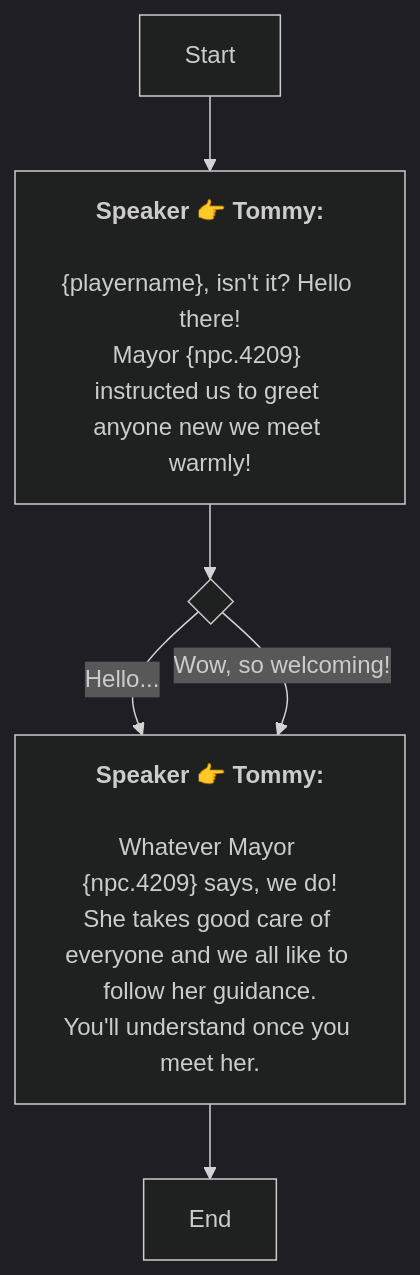
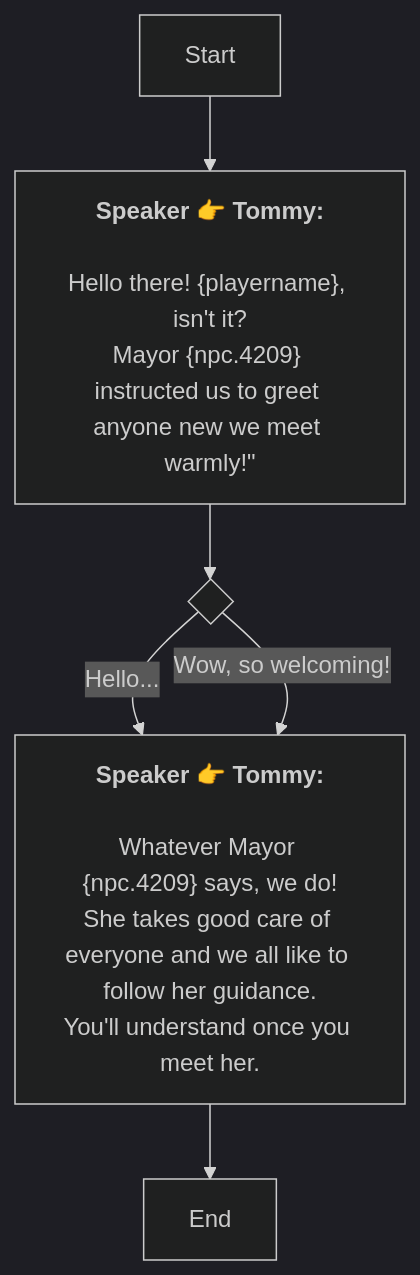
Before and after one commit to SoftHu/tos_avg: the diagram in En/AddDialogNode_1741891507856655.md, drawn with Mermaid (dark theme). The commit also changed 312 other files, not shown here.

````diff
--- a/En/AddDialogNode_1741891507856655.md
+++ b/En/AddDialogNode_1741891507856655.md
@@ -1,20 +1,20 @@
 ```mermaid
 graph
 Start -->1741899941162299[<b>Speaker 👉 Tommy:</b>
 
-&lbrace;playername&rbrace;, isn't it? Hello there!
-Mayor &lbrace;npc.4209&rbrace; instructed us to greet anyone new we meet warmly!]
+Hello there! &lbrace;playername&rbrace;, isn't it?
+Mayor &lbrace;npc.4209&rbrace; instructed us to greet anyone new we meet warmly!&quot;]
 1741899941162299 -->1741900441455932{ }
 1741900441455932 -->|Hello...|1741900457358657[<b>Speaker 👉 Tommy:</b>
 
 Whatever Mayor &lbrace;npc.4209&rbrace; says, we do!
 She takes good care of everyone and we all like to follow her guidance.
 You'll understand once you meet her.]
 1741900441455932 -->|Wow, so welcoming!|1741900457358657[<b>Speaker 👉 Tommy:</b>
 
 Whatever Mayor &lbrace;npc.4209&rbrace; says, we do!
 She takes good care of everyone and we all like to follow her guidance.
 You'll understand once you meet her.]
 1741900457358657 -->1741900507553090[End]
 
  ```
````
